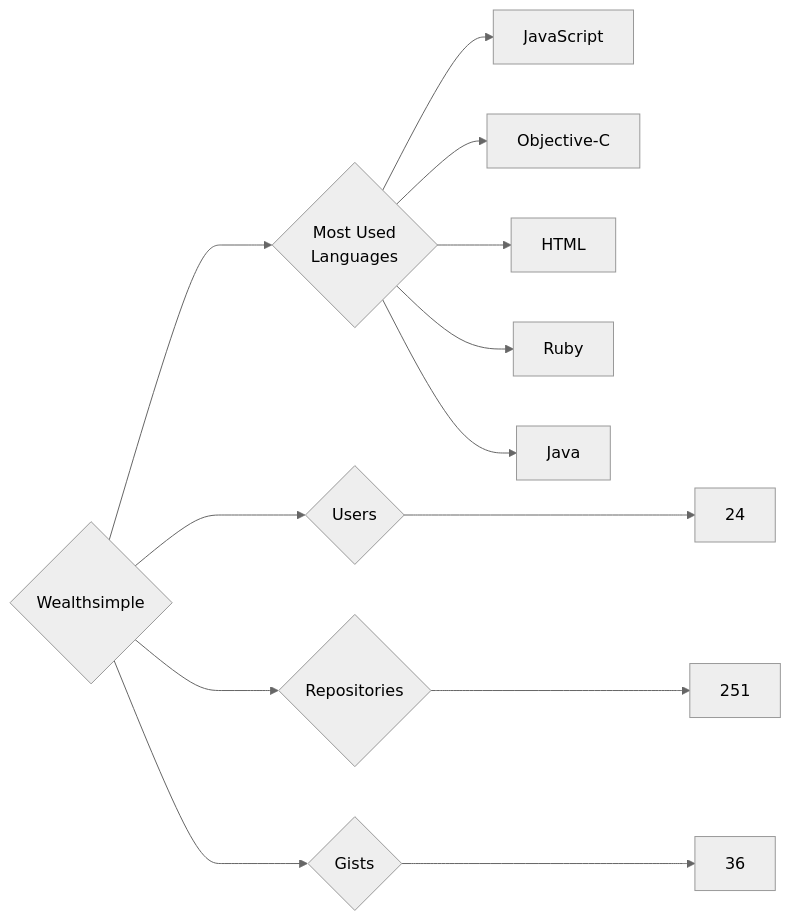
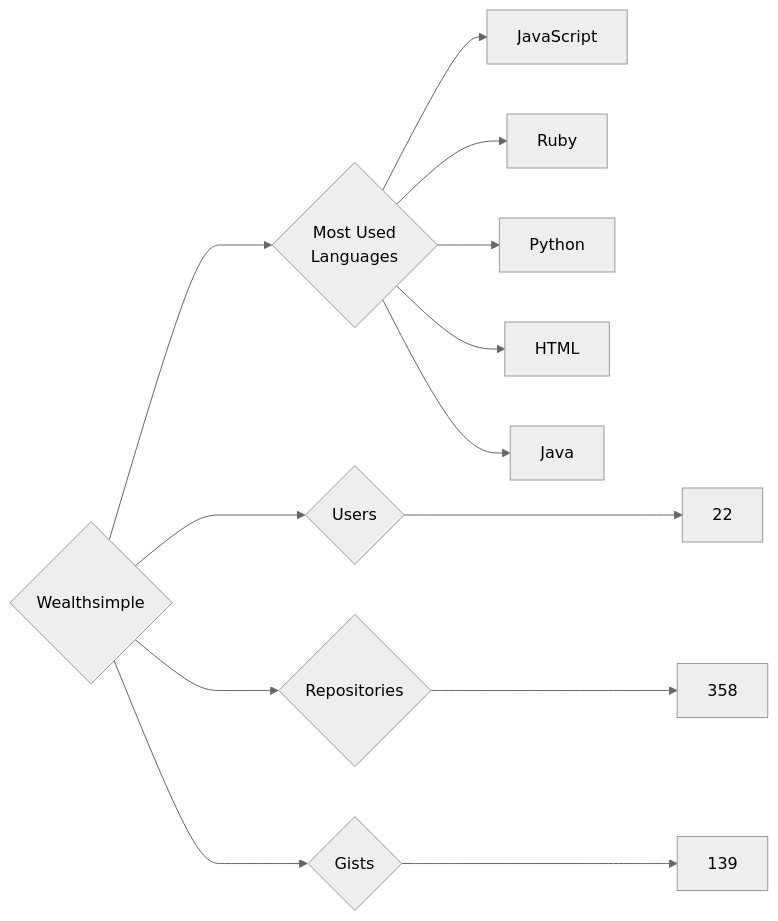
Before and after one commit to trickest/insiders: the diagram in targets/Wealthsimple/README.md, drawn with Mermaid (neutral theme). The commit also changed 796 other files, not shown here.

````diff
--- a/targets/Wealthsimple/README.md
+++ b/targets/Wealthsimple/README.md
@@ -3,13 +3,13 @@
 ```mermaid
 graph LR
 COMPANY_NAME{Wealthsimple}
-COMPANY_NAME ---> U{Users} ---> UN[24]
-COMPANY_NAME ---> R{Repositories} ---> RN[251]
-COMPANY_NAME ---> G{Gists} ---> GN[36]
+COMPANY_NAME ---> U{Users} ---> UN[22]
+COMPANY_NAME ---> R{Repositories} ---> RN[358]
+COMPANY_NAME ---> G{Gists} ---> GN[139]
 COMPANY_NAME ---> ML{Most Used<br>Languages}
 ML --> JavaScript[JavaScript]
-ML --> Objective-C[Objective-C]
+ML --> Ruby[Ruby]
+ML --> Python[Python]
 ML --> HTML[HTML]
-ML --> Ruby[Ruby]
 ML --> Java[Java]
 ```
````
